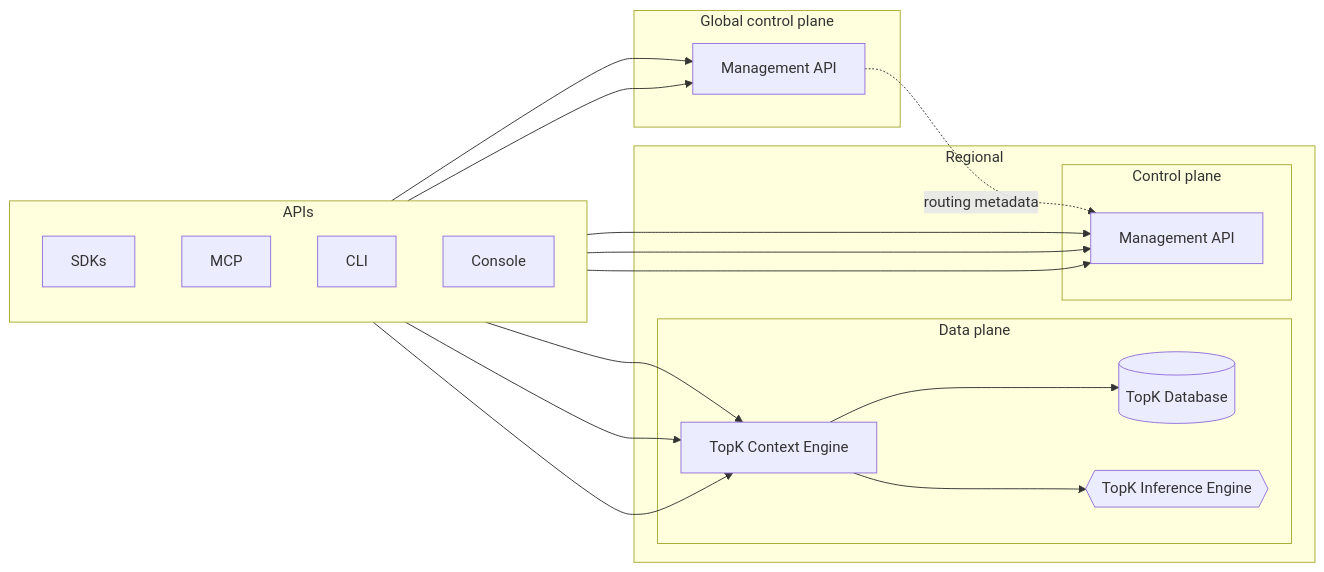
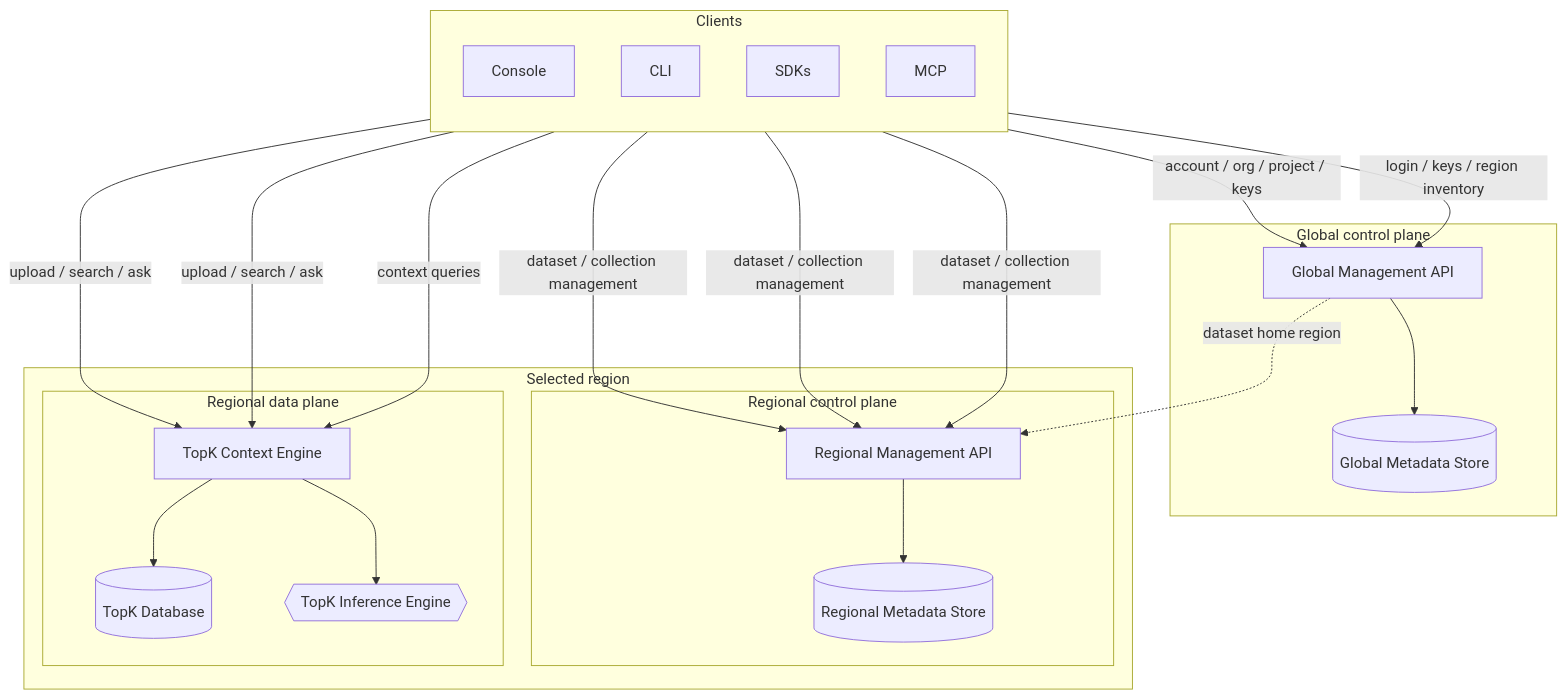
Before and after one commit to topk-io/topk: the first of 7 diagrams in docs/architecture.mdx, drawn with Mermaid. The commit also changed other lines of this file, not shown here.

````diff
--- a/docs/architecture.mdx
+++ b/docs/architecture.mdx
@@ -120,39 +70,48 @@
 ```mermaid
-flowchart LR
-    subgraph APIs[APIs]
+flowchart TB
+    subgraph clients[Clients]
         direction TB
+        Console[Console]
+        CLI[CLI]
         SDK[SDKs]
         MCP[MCP]
-        CLI[CLI]
-        Console[Console]
     end
 
-    subgraph Global[Global control plane]
-        CP[Management API]
+    subgraph global[Global control plane]
+        GlobalAPI[Global Management API]
+        GlobalStore[(Global Metadata Store)]
+
+        GlobalAPI --> GlobalStore
     end
 
-    subgraph regional[Regional]
-        subgraph dp[Data plane]
-            CTX[TopK Context Engine]
-            DB[(TopK Database)]
-            INF{{TopK Inference Engine}}
+    subgraph region[Selected region]
+        subgraph rcp[Regional control plane]
+            RegionalAPI[Regional Management API]
+            RegionalMeta[(Regional Metadata Store)]
+
+            RegionalAPI --> RegionalMeta
         end
-        subgraph rcp[Control plane]
-            RAPI[Management API]
+
+        subgraph rdp[Regional data plane]
+            Context[TopK Context Engine]
+            Database[(TopK Database)]
+            Inference{{TopK Inference Engine}}
+
+            Context --> Database
+            Context --> Inference
         end
     end
 
-    Console --> CP
-    CLI --> CP
-    CLI --> CTX
-    CLI --> RAPI
-    SDK --> CTX
-    SDK --> RAPI
-    MCP --> CTX
-    MCP --> RAPI
+    Console -->|account / org / project / keys| GlobalAPI
+    CLI -->|login / keys / region inventory| GlobalAPI
 
-    CP -. routing metadata .-> RAPI
+    SDK -->|dataset / collection management| RegionalAPI
+    CLI -->|dataset / collection management| RegionalAPI
+    MCP -->|dataset / collection management| RegionalAPI
 
-    CTX --> DB
-    CTX --> INF
+    SDK -->|upload / search / ask| Context
+    CLI -->|upload / search / ask| Context
+    MCP -->|context queries| Context
+
+    GlobalAPI -. dataset home region .-> RegionalAPI
 ```
````
